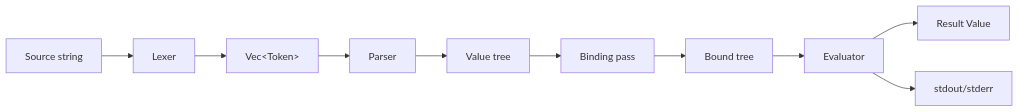
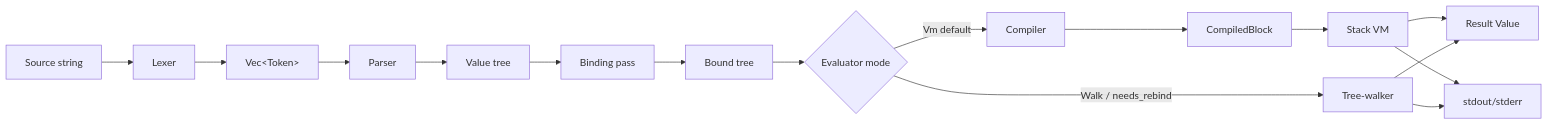
Before and after one commit to mhs/rebol-clone-glm-5.2: the first of 2 diagrams in architecture.md, drawn with Mermaid. The commit also changed other lines of this file and 18 other files, not shown here.

````diff
--- a/architecture.md
+++ b/architecture.md
@@ -10,12 +10,18 @@
 ```mermaid
 flowchart LR
   S[Source string] --> L[Lexer]
   L --> T[Vec&lt;Token&gt;]
   T --> P[Parser]
   P --> V[Value tree]
   V --> B[Binding pass]
   B --> BV[Bound tree]
-  BV --> E[Evaluator]
-  E --> R[Result Value]
-  E --> OUT[stdout/stderr]
+  BV --> C{Evaluator mode}
+  C -->|Vm default| COMP[Compiler]
+  COMP --> CB[CompiledBlock]
+  CB --> VM[Stack VM]
+  VM --> R[Result Value]
+  C -->|Walk / needs_rebind| WALK[Tree-walker]
+  WALK --> R
+  VM --> OUT[stdout/stderr]
+  WALK --> OUT
 ```
````
